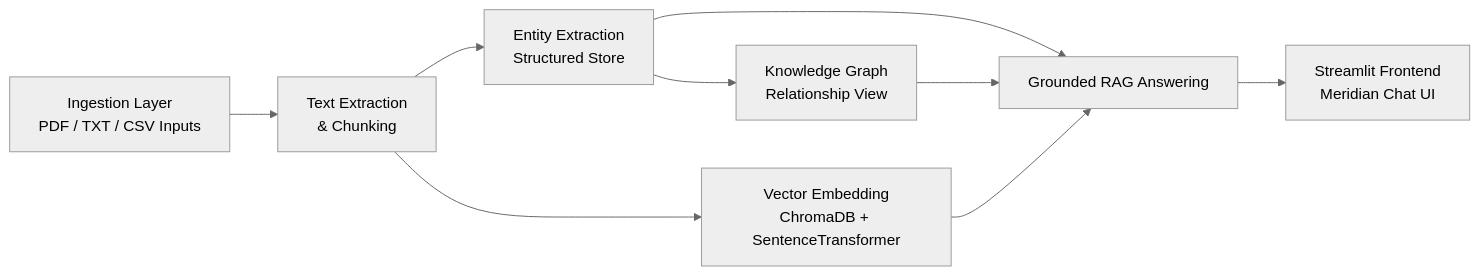
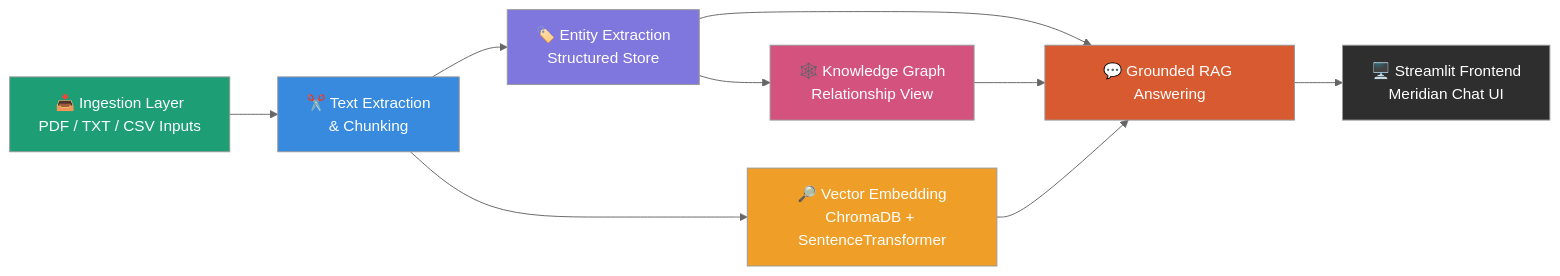
One commit to srijankumar8969/Bhokal_Meridian_project_ET_Ai changed the diagram in README.md. Above: the diagram before and after it, drawn with Mermaid (neutral theme). The commit also changed other lines of this file, not shown here.

````diff
--- a/README.md
+++ b/README.md
@@ -21,11 +53,19 @@
 ```mermaid
 flowchart LR
-    A[Ingestion Layer\nPDF / TXT / CSV Inputs] --> B[Text Extraction\n& Chunking]
-    B --> C[Entity Extraction\nStructured Store]
-    C --> D[Knowledge Graph\nRelationship View]
-    B --> E[Vector Embedding\nChromaDB + SentenceTransformer]
-    C --> F[Grounded RAG Answering]
+    A["📥 Ingestion Layer<br/>PDF / TXT / CSV Inputs"] --> B["✂️ Text Extraction<br/>& Chunking"]
+    B --> C["🏷️ Entity Extraction<br/>Structured Store"]
+    C --> D["🕸️ Knowledge Graph<br/>Relationship View"]
+    B --> E["🔎 Vector Embedding<br/>ChromaDB + SentenceTransformer"]
+    C --> F["💬 Grounded RAG Answering"]
     D --> F
     E --> F
-    F --> G[Streamlit Frontend\nMeridian Chat UI]
+    F --> G["🖥️ Streamlit Frontend<br/>Meridian Chat UI"]
+
+    style A fill:#1D9E75,color:#fff
+    style B fill:#378ADD,color:#fff
+    style C fill:#7F77DD,color:#fff
+    style D fill:#D4537E,color:#fff
+    style E fill:#EF9F27,color:#fff
+    style F fill:#D85A30,color:#fff
+    style G fill:#2E2E2E,color:#fff
 ```
````
